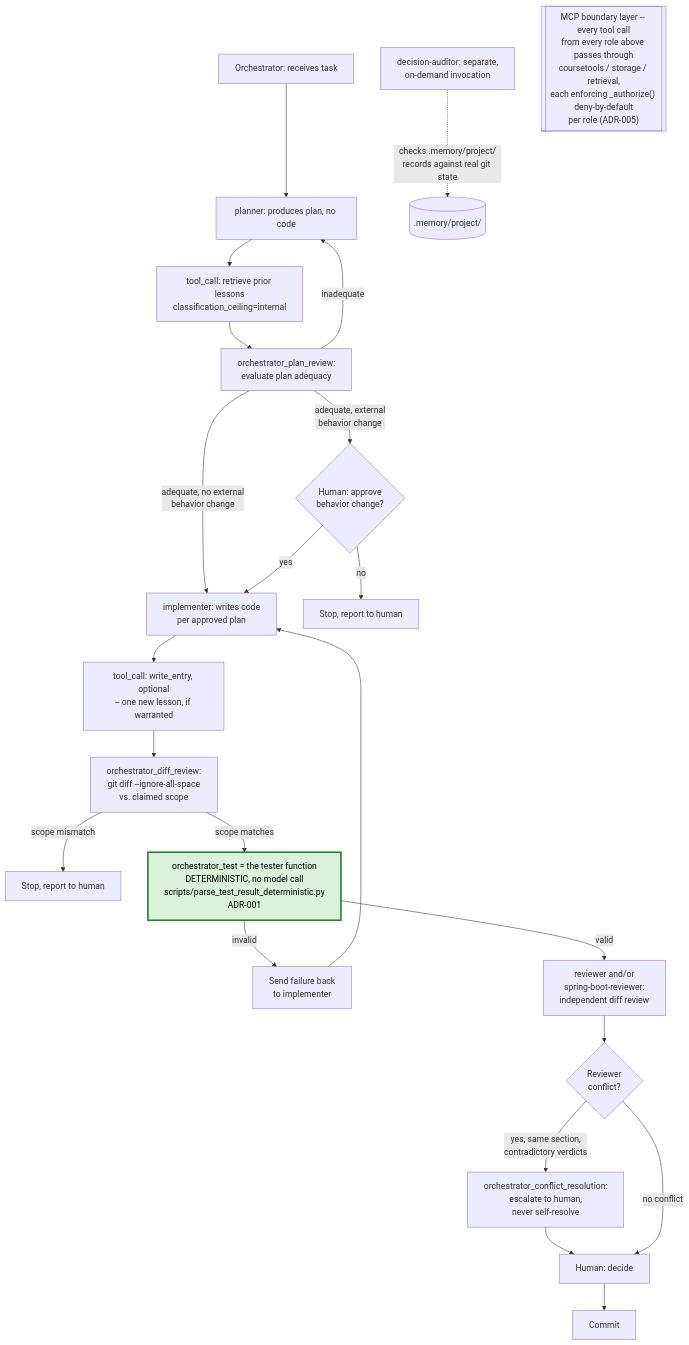
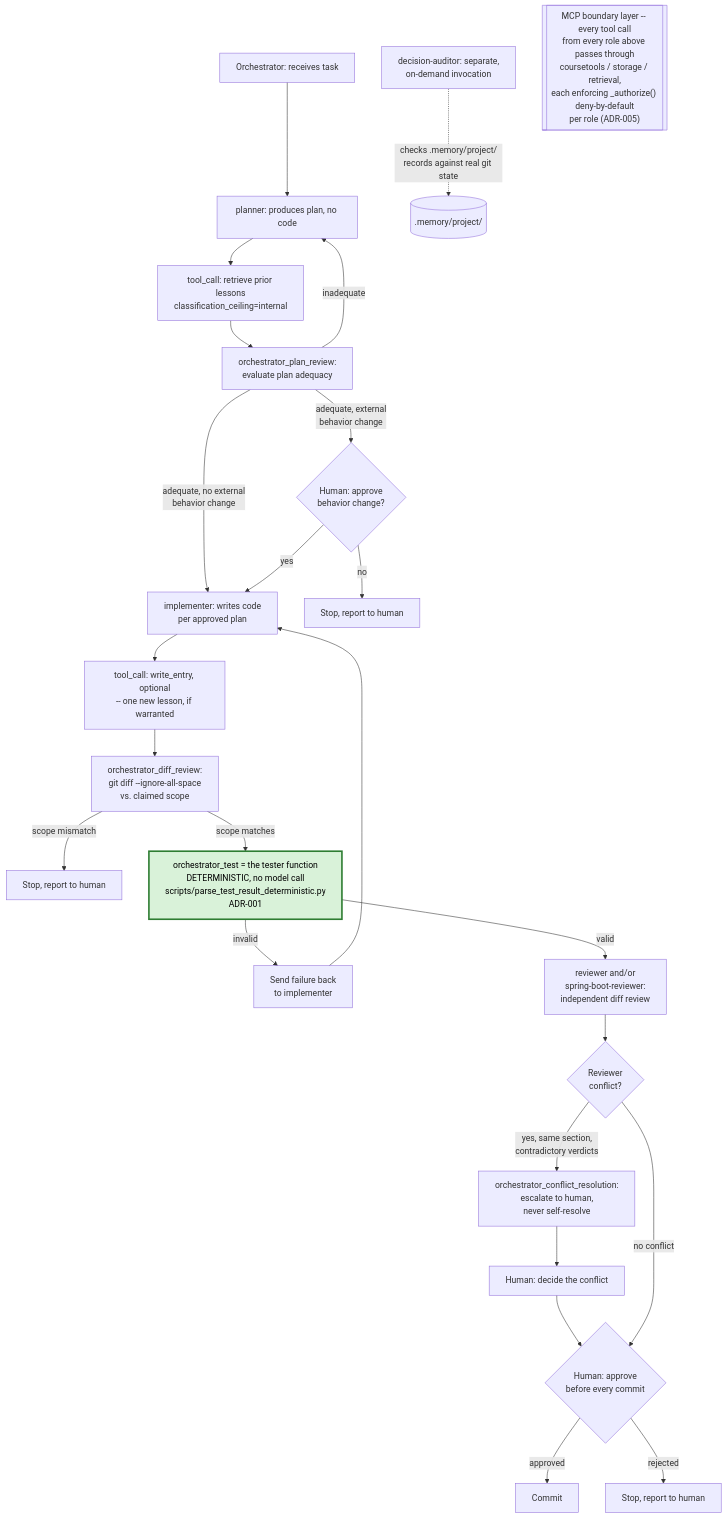
Before and after one commit to Viji-qmofi/first-microservices-Viji-R-agentic-harness-cicd: the diagram in docs/orchestration-diagram.md, drawn with Mermaid. The commit also changed other lines of this file and 9 other files, not shown here.

Commit message:
docs: add architecture write-up, five-metric table and split diagram checkpoint; add the portable secret-scanning hook; fix stale schema and CI text

````diff
--- a/docs/orchestration-diagram.md
+++ b/docs/orchestration-diagram.md
@@ -3,30 +3,32 @@
 ```mermaid
 flowchart TD
     A[Orchestrator: receives task] --> B[planner: produces plan, no code]
     B --> B2[tool_call: retrieve prior lessons<br/>classification_ceiling=internal]
     B2 --> C[orchestrator_plan_review:<br/>evaluate plan adequacy]
     C -->|inadequate| B
     C -->|adequate, no external<br/>behavior change| D[implementer: writes code<br/>per approved plan]
     C -->|adequate, external<br/>behavior change| CH1{Human: approve<br/>behavior change?}
     CH1 -->|yes| D
     CH1 -->|no| END1[Stop, report to human]
     D --> D2[tool_call: write_entry, optional<br/>-- one new lesson, if warranted]
     D2 --> E[orchestrator_diff_review:<br/>git diff --ignore-all-space<br/>vs. claimed scope]
     E -->|scope mismatch| END2[Stop, report to human]
     E -->|scope matches| F["orchestrator_test = the tester function<br/>DETERMINISTIC, no model call<br/>scripts/parse_test_result_deterministic.py<br/>ADR-001"]
     F -->|invalid| G2[Send failure back<br/>to implementer]
     G2 --> D
     F -->|valid| G[reviewer and/or<br/>spring-boot-reviewer:<br/>independent diff review]
     G --> H{Reviewer<br/>conflict?}
     H -->|yes, same section,<br/>contradictory verdicts| I[orchestrator_conflict_resolution:<br/>escalate to human,<br/>never self-resolve]
-    I --> CH2[Human: decide]
-    H -->|no conflict| CH2
-    CH2 --> J[Commit]
+    I --> CH3[Human: decide the conflict]
+    CH3 --> CH2
+    H -->|no conflict| CH2{Human: approve<br/>before every commit}
+    CH2 -->|approved| J[Commit]
+    CH2 -->|rejected| END3[Stop, report to human]
 
     K[decision-auditor: separate,<br/>on-demand invocation] -.->|checks .memory/project/<br/>records against real git state| L[(.memory/project/)]
 
     classDef deterministic fill:#d9f2d9,stroke:#2e7d32,stroke-width:3px,color:#000
     class F deterministic
 
     M[["MCP boundary layer -- every tool call<br/>from every role above passes through<br/>coursetools / storage / retrieval,<br/>each enforcing _authorize() deny-by-default<br/>per role (ADR-005)"]]
 ```
````
